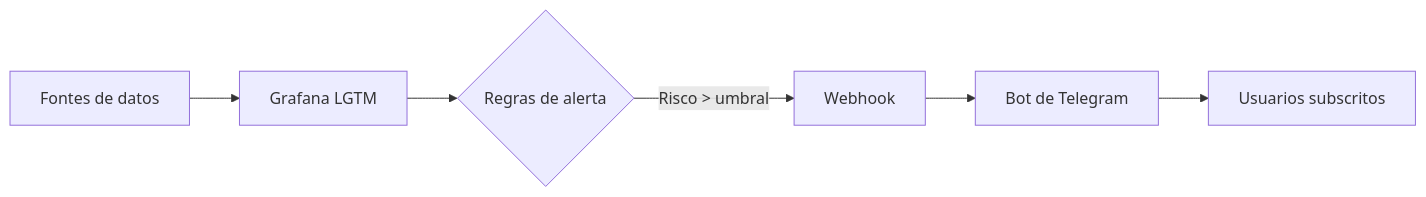
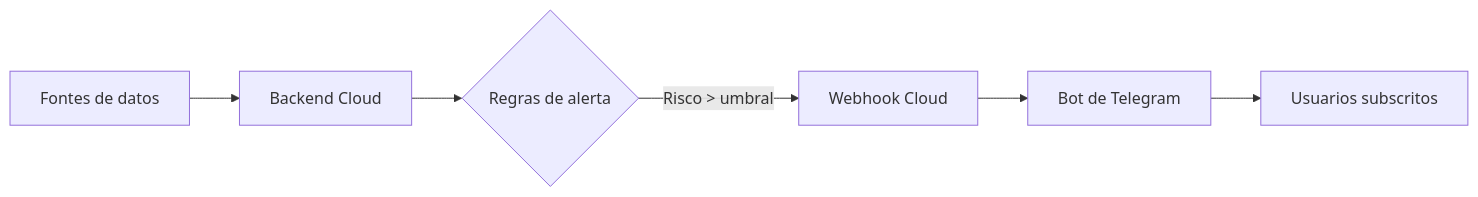
The diagram in README.md (YGA-13/GaliciaVixia), drawn with Mermaid before and after one commit. The commit also changed other lines of this file and 2 other files, not shown here.

````diff
--- a/README.md
+++ b/README.md
@@ -23,8 +28,8 @@
 ```mermaid
 graph LR
-    A[Fontes de datos] --> B[Grafana LGTM]
+    A[Fontes de datos] --> B[Backend Cloud]
     B --> C{Regras de alerta}
-    C -->|Risco > umbral| D[Webhook]
+    C -->|Risco > umbral| D[Webhook Cloud]
     D --> E[Bot de Telegram]
     E --> F[Usuarios subscritos]
 ```
````
